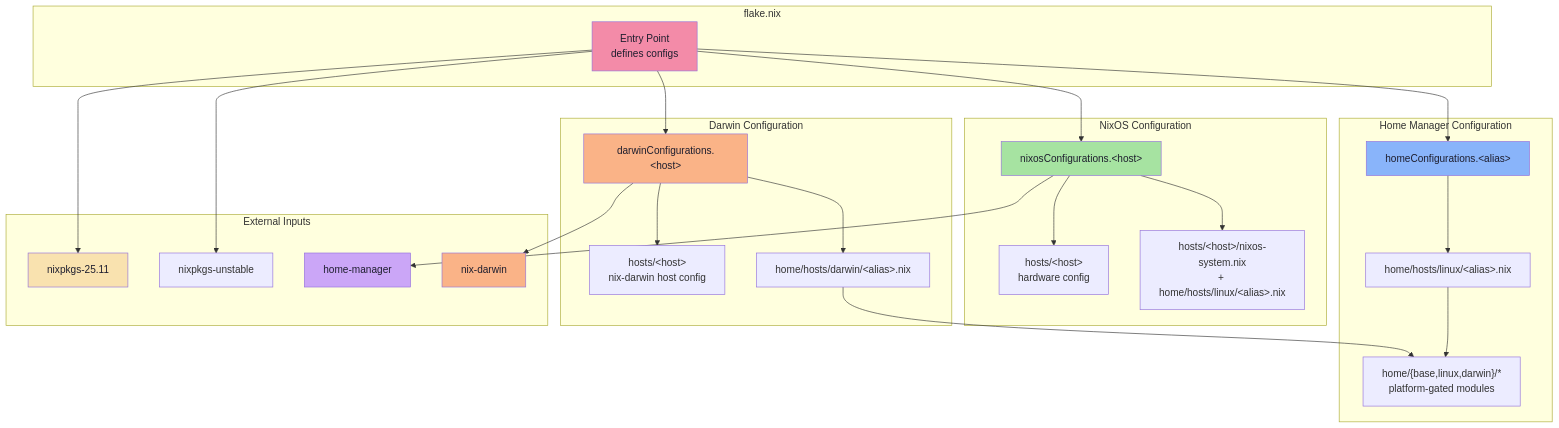
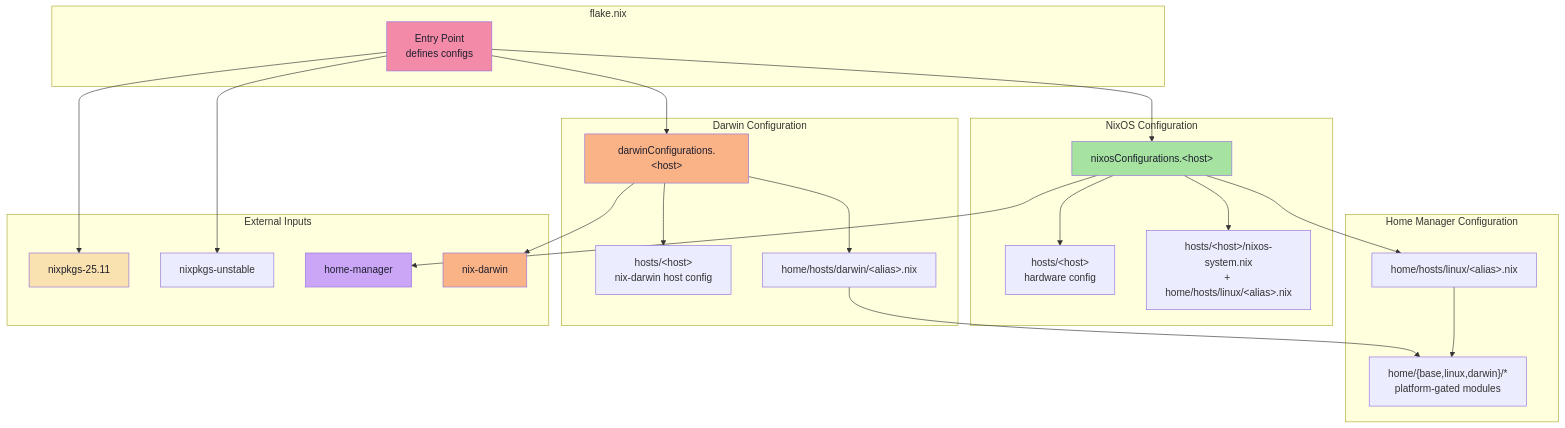
The diagram in README.md (Castrozan/.dotfiles), drawn with Mermaid before and after one commit. The commit also changed other lines of this file and 17 other files, not shown here.

````diff
--- a/README.md
+++ b/README.md
@@ -165,58 +137,55 @@
 ```mermaid
 graph TD
     subgraph "flake.nix"
         Flake["Entry Point<br/>defines configs"]
     end
 
     subgraph "NixOS Configuration"
         NixOS["nixosConfigurations.&lt;host&gt;"]
         Host["hosts/&lt;host&gt;<br/>hardware config"]
         UserNixOS["hosts/&lt;host&gt;/nixos-system.nix<br/>+ home/hosts/linux/&lt;alias&gt;.nix"]
     end
 
     subgraph "Darwin Configuration"
         Darwin["darwinConfigurations.&lt;host&gt;"]
         DarwinHost["hosts/&lt;host&gt;<br/>nix-darwin host config"]
         DarwinHome["home/hosts/darwin/&lt;alias&gt;.nix"]
     end
 
     subgraph "Home Manager Configuration"
-        HomeStandalone["homeConfigurations.&lt;alias&gt;"]
         UserHome["home/hosts/linux/&lt;alias&gt;.nix"]
         Modules["home/{base,linux,darwin}/*<br/>platform-gated modules"]
     end
 
     subgraph "External Inputs"
         Nixpkgs["nixpkgs-25.11"]
         Unstable["nixpkgs-unstable"]
         HM["home-manager"]
         ND["nix-darwin"]
     end
 
     Flake --> NixOS
     Flake --> Darwin
-    Flake --> HomeStandalone
 
     NixOS --> Host
     NixOS --> UserNixOS
     NixOS --> HM
 
     Darwin --> DarwinHost
     Darwin --> DarwinHome
     Darwin --> ND
 
-    HomeStandalone --> UserHome
+    NixOS --> UserHome
     UserHome --> Modules
     DarwinHome --> Modules
     
     Flake --> Nixpkgs
     Flake --> Unstable
 
     style Flake fill:#f38ba8,color:#1e1e2e
     style NixOS fill:#a6e3a1,color:#1e1e2e
     style Darwin fill:#fab387,color:#1e1e2e
-    style HomeStandalone fill:#89b4fa,color:#1e1e2e
     style Nixpkgs fill:#f9e2af,color:#1e1e2e
     style HM fill:#cba6f7,color:#1e1e2e
     style ND fill:#fab387,color:#1e1e2e
 ```
````
